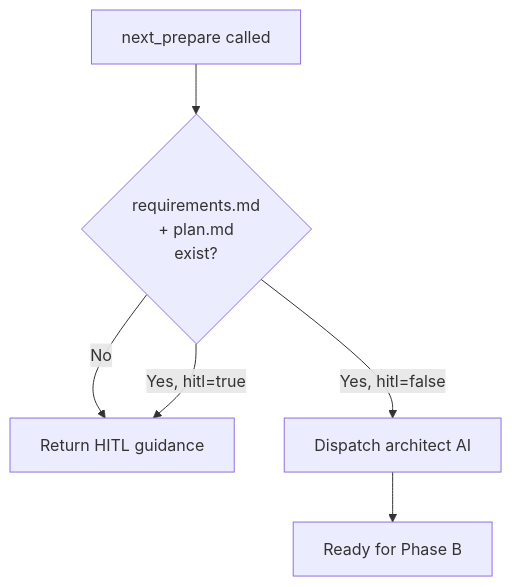
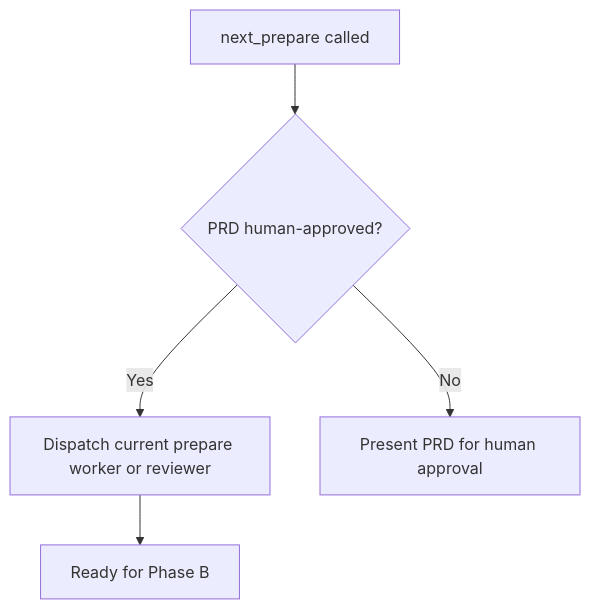
The second of 4 diagrams in docs/project/design/architecture/next-machine.md (InstruktAI/TeleClaude), drawn with Mermaid before and after one commit. The commit also changed other lines of this file and 28 other files, not shown here.

````diff
--- a/docs/project/design/architecture/next-machine.md
+++ b/docs/project/design/architecture/next-machine.md
@@ -87,14 +87,12 @@
 ```mermaid
 flowchart TD
     Start[next_prepare called]
-    CheckFiles{requirements.md<br/>+ plan.md<br/>exist?}
-    HITL[Return HITL guidance]
-    Dispatch[Dispatch architect AI]
+    PRDGate{PRD human-approved?}
+    Dispatch[Dispatch current prepare worker or reviewer]
     Done[Ready for Phase B]
 
-    Start --> CheckFiles
-    CheckFiles -->|No| HITL
-    CheckFiles -->|Yes, hitl=true| HITL
-    CheckFiles -->|Yes, hitl=false| Dispatch
+    Start --> PRDGate
+    PRDGate -->|No| PresentPRD[Present PRD for human approval]
+    PRDGate -->|Yes| Dispatch
     Dispatch --> Done
 ```
````
